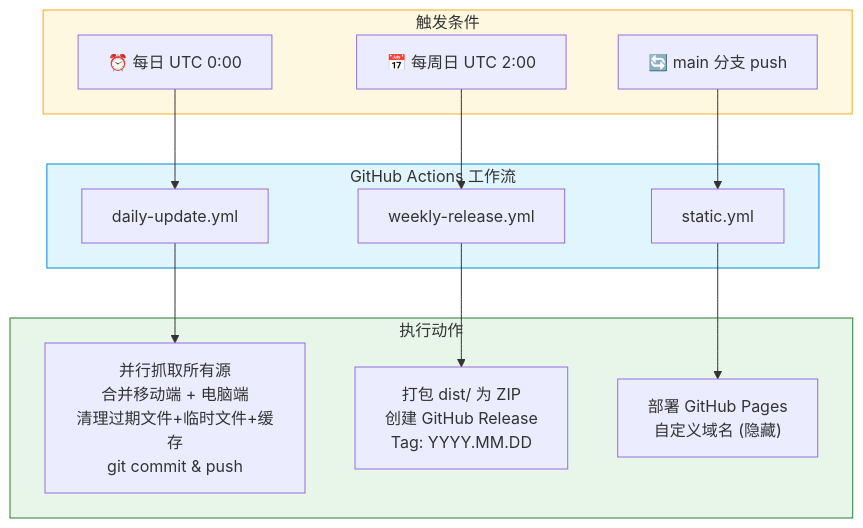
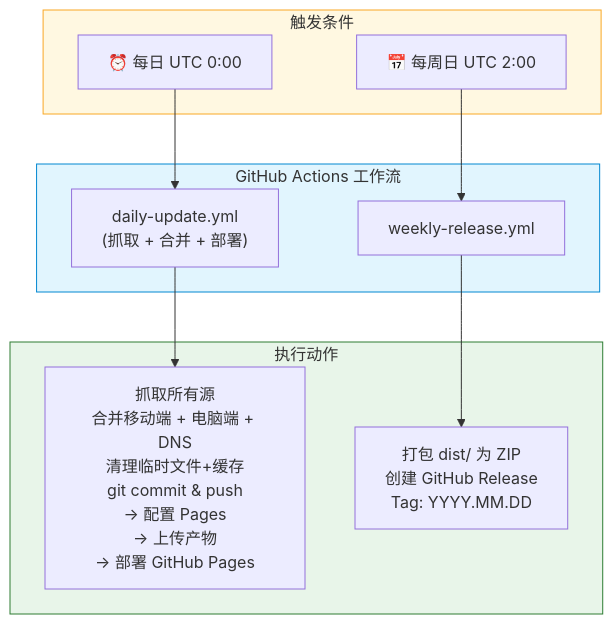
Before and after one commit to Chaniug/FilterFusion: the third of 5 diagrams in docs/PROJECT_DOCS.md, drawn with Mermaid. The commit also changed other lines of this file and 5 other files, not shown here.

````diff
--- a/docs/PROJECT_DOCS.md
+++ b/docs/PROJECT_DOCS.md
@@ -475,28 +474,24 @@
 ```mermaid
 flowchart TB
     subgraph TRIGGERS["触发条件"]
         T1["⏰ 每日 UTC 0:00"]
         T2["📅 每周日 UTC 2:00"]
-        T3["🔄 main 分支 push"]
     end
 
     subgraph WORKFLOWS["GitHub Actions 工作流"]
-        W1["daily-update.yml"]
+        W1["daily-update.yml<br/>(抓取 + 合并 + 部署)"]
         W2["weekly-release.yml"]
-        W3["static.yml"]
     end
 
     subgraph ACTIONS["执行动作"]
-        A1["并行抓取所有源<br/>合并移动端 + 电脑端<br/>清理过期文件+临时文件+缓存<br/>git commit & push"]
+        A1["抓取所有源<br/>合并移动端 + 电脑端 + DNS<br/>清理临时文件+缓存<br/>git commit & push<br/>→ 配置 Pages<br/>→ 上传产物<br/>→ 部署 GitHub Pages"]
         A2["打包 dist/ 为 ZIP<br/>创建 GitHub Release<br/>Tag: YYYY.MM.DD"]
-        A3["部署 GitHub Pages<br/>自定义域名 (隐藏)"]
     end
 
     T1 --> W1 --> A1
     T2 --> W2 --> A2
-    T3 --> W3 --> A3
 
     style TRIGGERS fill:#fff8e1,stroke:#f9a825
     style WORKFLOWS fill:#e1f5fe,stroke:#0288d1
     style ACTIONS fill:#e8f5e9,stroke:#2e7d32
 ```
````
